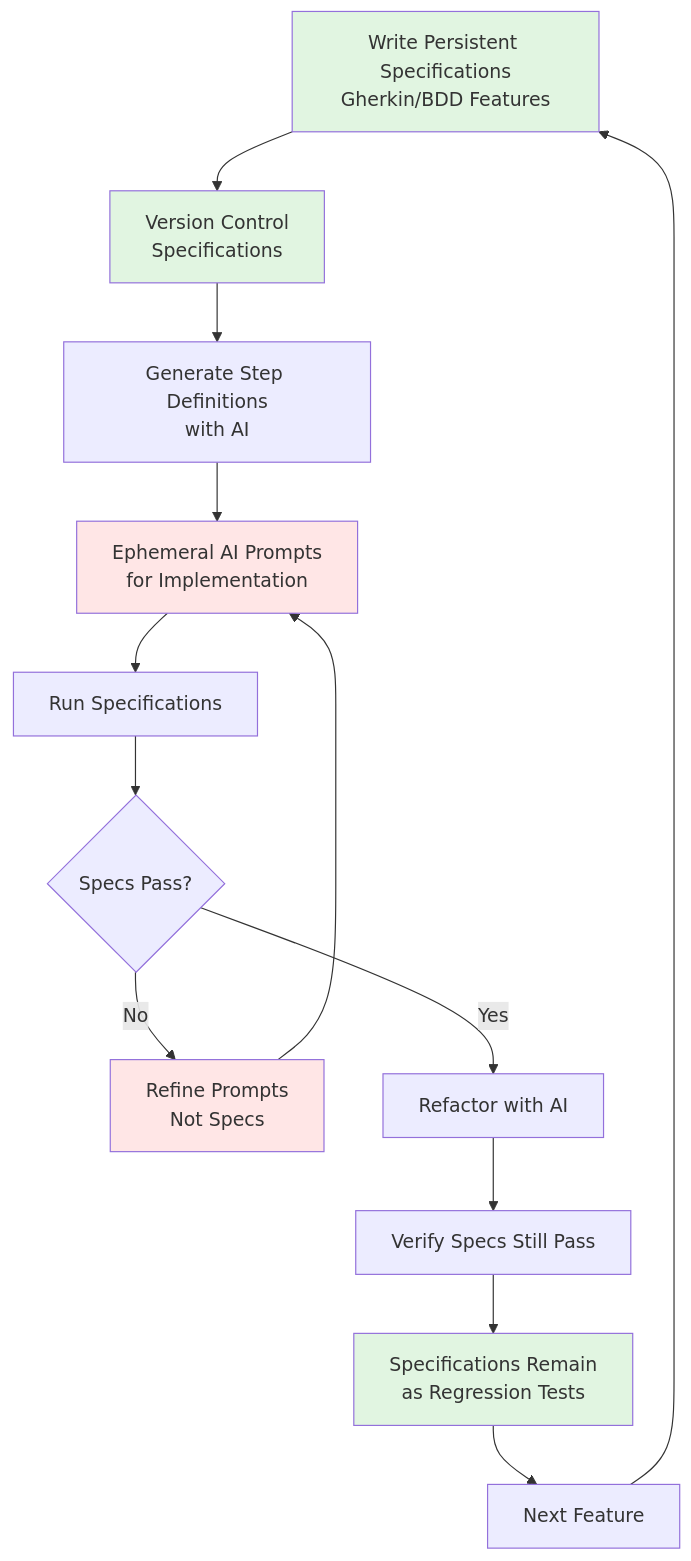
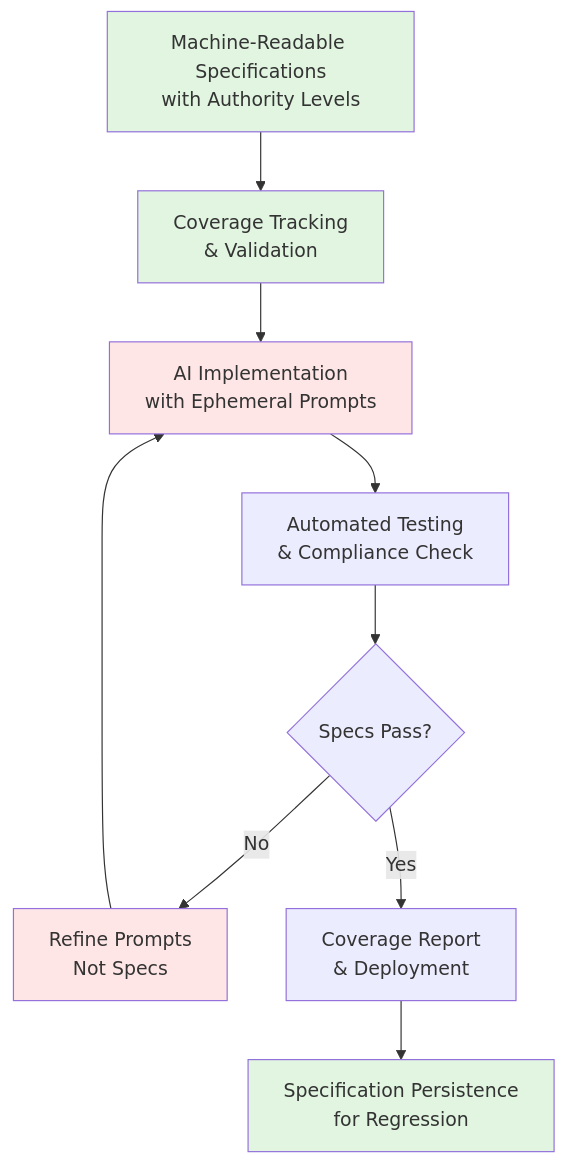
The seventh of 11 diagrams in README.md (PaulDuvall/ai-development-patterns), drawn with Mermaid before and after one commit. The commit also changed other lines of this file and 10 other files, not shown here.

First line of the commit message:
feat: enhance Specification Driven Development with authority levels and tooling

````diff
--- a/README.md
+++ b/README.md
@@ -1059,21 +1065,17 @@
 ```mermaid
 graph TD
-    A[Write Persistent Specifications<br/>Gherkin/BDD Features] --> B[Version Control<br/>Specifications]
-    B --> C[Generate Step Definitions<br/>with AI]
-    C --> D[Ephemeral AI Prompts<br/>for Implementation]
-    D --> E[Run Specifications]
-    E --> F{Specs Pass?}
-    F -->|No| G[Refine Prompts<br/>Not Specs]
-    G --> D
-    F -->|Yes| H[Refactor with AI]
-    H --> I[Verify Specs Still Pass]
-    I --> J[Specifications Remain<br/>as Regression Tests]
-    J --> K[Next Feature]
-    K --> A
+    A[Machine-Readable Specifications<br/>with Authority Levels] --> B[Coverage Tracking<br/>& Validation]
+    B --> C[AI Implementation<br/>with Ephemeral Prompts]
+    C --> D[Automated Testing<br/>& Compliance Check]
+    D --> E{Specs Pass?}
+    E -->|No| F[Refine Prompts<br/>Not Specs]
+    F --> C
+    E -->|Yes| G[Coverage Report<br/>& Deployment]
+    G --> H[Specification Persistence<br/>for Regression]
     
     style A fill:#e1f5e1
     style B fill:#e1f5e1
-    style J fill:#e1f5e1
-    style D fill:#ffe6e6
-    style G fill:#ffe6e6
+    style H fill:#e1f5e1
+    style C fill:#ffe6e6
+    style F fill:#ffe6e6
 ```
````
